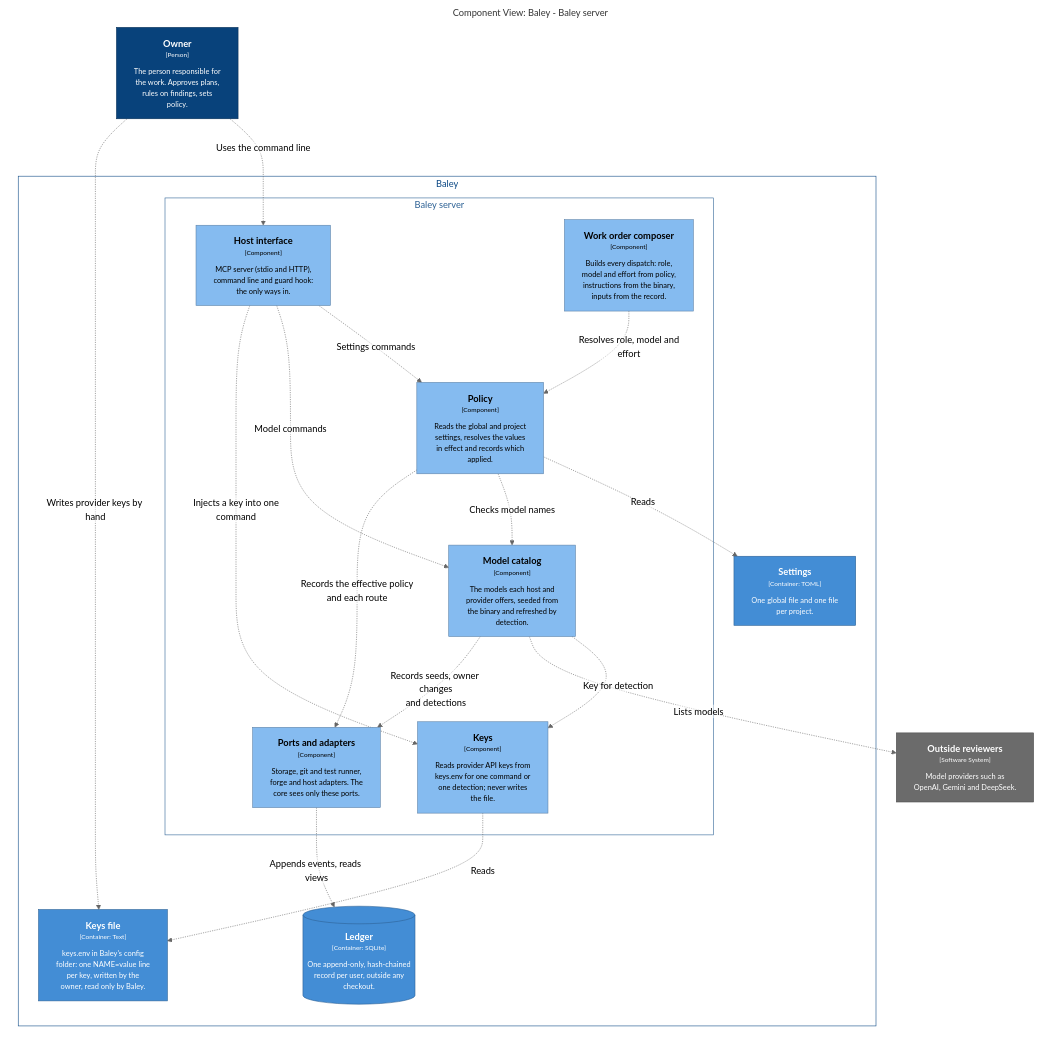
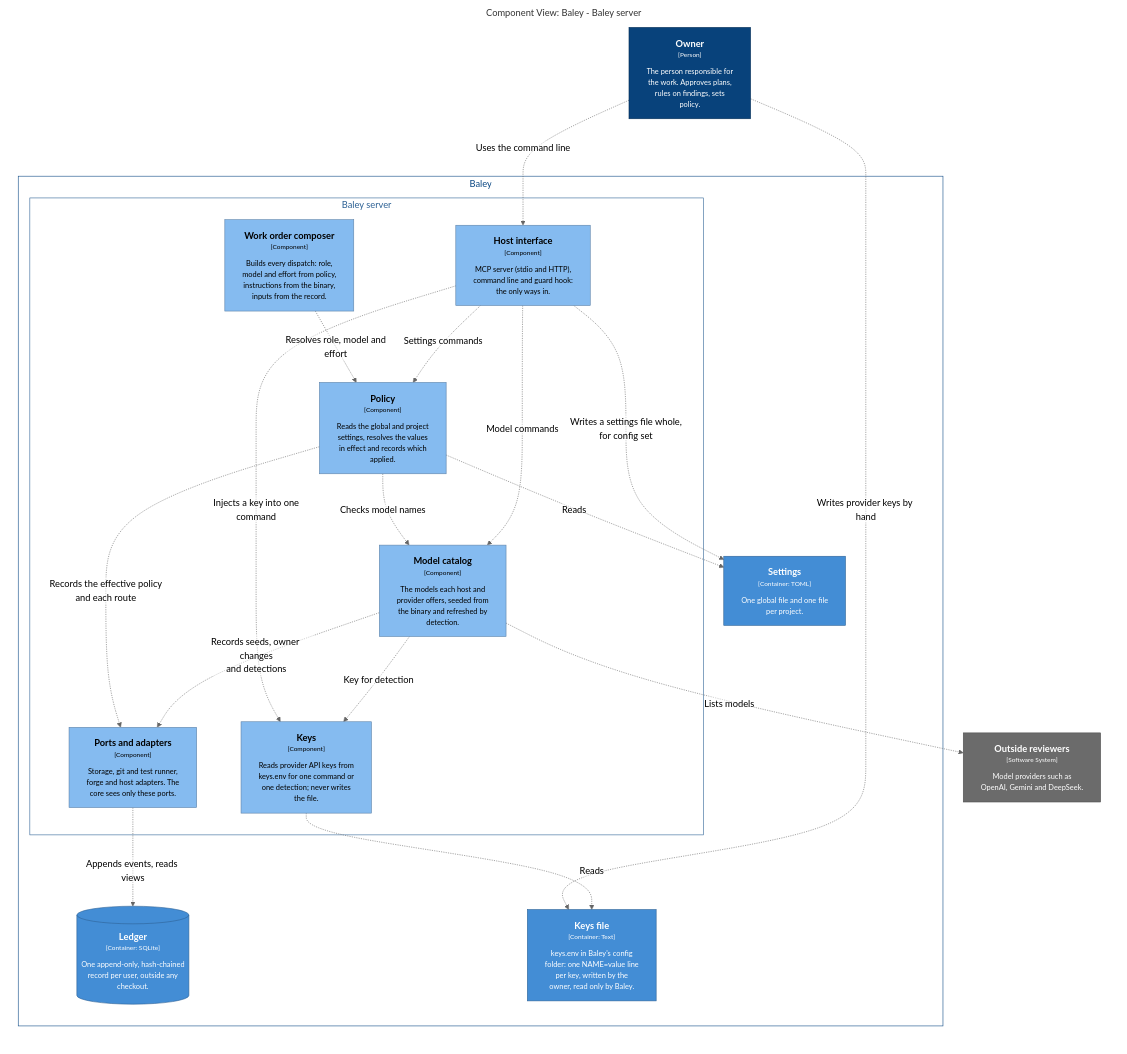
Before and after one commit to crenshawdev/baley: the first of 7 diagrams in docs/design/0003-configuration-and-routing.md, drawn with Mermaid (neutral theme). The commit also changed 2 other files, not shown here.

Commit message:
docs(design): show the command line writing a settings file in the C4 model
The model had only Policy reading the settings. Config set writes a file whole
from the command line, as SYS-R13 and CFG-R11 say, so the host interface gets
that relation and the components and configuration views are re-exported.

````diff
--- a/docs/design/0003-configuration-and-routing.md
+++ b/docs/design/0003-configuration-and-routing.md
@@ -28,58 +28,59 @@
 ```mermaid
 graph LR
   linkStyle default fill:none
 
   subgraph diagram ["Component View: Baley - Baley server"]
     style diagram fill:none,stroke:none
 
     1["<div style='font-weight: bold'>Owner</div><div style='font-size: 70%; margin-top: 0px'>[Person]</div><div style='font-size: 80%; margin-top:10px'>The person responsible for<br />the work. Approves plans,<br />rules on findings, sets<br />policy.</div>"]
     style 1 fill:#08427b,stroke:#052e56,color:#ffffff
 
     18["<div style='font-weight: bold'>Outside reviewers</div><div style='font-size: 70%; margin-top: 0px'>[Software System]</div><div style='font-size: 80%; margin-top:10px'>Model providers such as<br />OpenAI, Gemini and DeepSeek.</div>"]
     style 18 fill:#6b6b6b,stroke:#4d4d4d,color:#ffffff
 
     subgraph 2 ["Baley"]
       style 2 fill:none,stroke:#0b4884,color:#0b4884
 
       subgraph 3 ["Baley server"]
         style 3 fill:none,stroke:#2e6295,color:#2e6295
 
         10["<div style='font-weight: bold'>Model catalog</div><div style='font-size: 70%; margin-top: 0px'>[Component]</div><div style='font-size: 80%; margin-top:10px'>The models each host and<br />provider offers, seeded from<br />the binary and refreshed by<br />detection.</div>"]
         style 10 fill:#85bbf0,stroke:#5d82a8,color:#000000
         11["<div style='font-weight: bold'>Ports and adapters</div><div style='font-size: 70%; margin-top: 0px'>[Component]</div><div style='font-size: 80%; margin-top:10px'>Storage, git and test runner,<br />forge and host adapters. The<br />core sees only these ports.</div>"]
         style 11 fill:#85bbf0,stroke:#5d82a8,color:#000000
         4["<div style='font-weight: bold'>Host interface</div><div style='font-size: 70%; margin-top: 0px'>[Component]</div><div style='font-size: 80%; margin-top:10px'>MCP server (stdio and HTTP),<br />command line and guard hook:<br />the only ways in.</div>"]
         style 4 fill:#85bbf0,stroke:#5d82a8,color:#000000
         7["<div style='font-weight: bold'>Work order composer</div><div style='font-size: 70%; margin-top: 0px'>[Component]</div><div style='font-size: 80%; margin-top:10px'>Builds every dispatch: role,<br />model and effort from policy,<br />instructions from the binary,<br />inputs from the record.</div>"]
         style 7 fill:#85bbf0,stroke:#5d82a8,color:#000000
         8["<div style='font-weight: bold'>Policy</div><div style='font-size: 70%; margin-top: 0px'>[Component]</div><div style='font-size: 80%; margin-top:10px'>Reads the global and project<br />settings, resolves the values<br />in effect and records which<br />applied.</div>"]
         style 8 fill:#85bbf0,stroke:#5d82a8,color:#000000
         9["<div style='font-weight: bold'>Keys</div><div style='font-size: 70%; margin-top: 0px'>[Component]</div><div style='font-size: 80%; margin-top:10px'>Reads provider API keys from<br />keys.env for one command or<br />one detection; never writes<br />the file.</div>"]
         style 9 fill:#85bbf0,stroke:#5d82a8,color:#000000
       end
 
       12[("<div style='font-weight: bold'>Ledger</div><div style='font-size: 70%; margin-top: 0px'>[Container: SQLite]</div><div style='font-size: 80%; margin-top:10px'>One append-only, hash-chained<br />record per user, outside any<br />checkout.</div>")]
       style 12 fill:#438dd5,stroke:#2e6295,color:#ffffff
       13["<div style='font-weight: bold'>Settings</div><div style='font-size: 70%; margin-top: 0px'>[Container: TOML]</div><div style='font-size: 80%; margin-top:10px'>One global file and one file<br />per project.</div>"]
       style 13 fill:#438dd5,stroke:#2e6295,color:#ffffff
       14["<div style='font-weight: bold'>Keys file</div><div style='font-size: 70%; margin-top: 0px'>[Container: Text]</div><div style='font-size: 80%; margin-top:10px'>keys.env in Baley's config<br />folder: one NAME=value line<br />per key, written by the<br />owner, read only by Baley.</div>"]
       style 14 fill:#438dd5,stroke:#2e6295,color:#ffffff
     end
 
     1-. "<div>Uses the command line</div><div style='font-size: 70%'></div>" .->4
     1-. "<div>Writes provider keys by hand</div><div style='font-size: 70%'></div>" .->14
     7-. "<div>Resolves role, model and<br />effort</div><div style='font-size: 70%'></div>" .->8
     8-. "<div>Reads</div><div style='font-size: 70%'></div>" .->13
+    4-. "<div>Writes a settings file whole,<br />for config set</div><div style='font-size: 70%'></div>" .->13
     8-. "<div>Checks model names</div><div style='font-size: 70%'></div>" .->10
     8-. "<div>Records the effective policy<br />and each route</div><div style='font-size: 70%'></div>" .->11
     4-. "<div>Settings commands</div><div style='font-size: 70%'></div>" .->8
     4-. "<div>Model commands</div><div style='font-size: 70%'></div>" .->10
     4-. "<div>Injects a key into one<br />command</div><div style='font-size: 70%'></div>" .->9
     9-. "<div>Reads</div><div style='font-size: 70%'></div>" .->14
     10-. "<div>Key for detection</div><div style='font-size: 70%'></div>" .->9
     10-. "<div>Lists models</div><div style='font-size: 70%'></div>" .->18
     10-. "<div>Records seeds, owner changes<br />and detections</div><div style='font-size: 70%'></div>" .->11
     11-. "<div>Appends events, reads views</div><div style='font-size: 70%'></div>" .->12
 
   end
 ```
````
